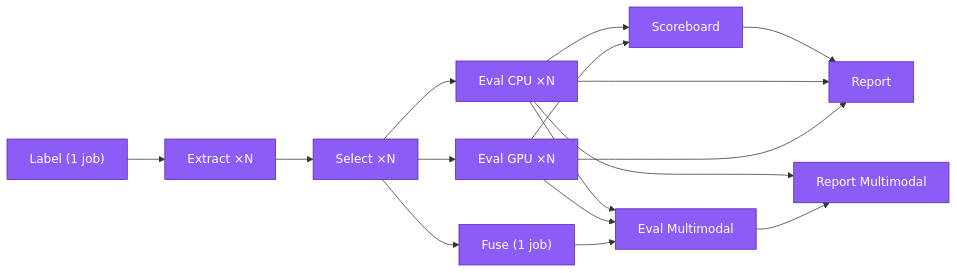
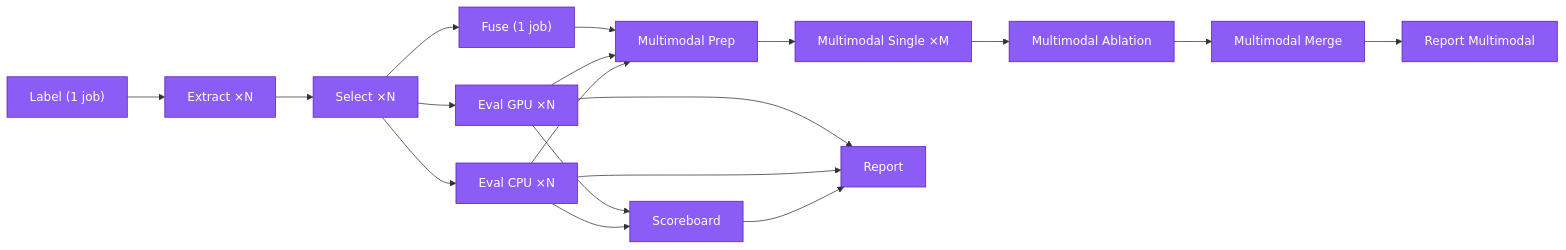
One commit to msk-access/kreview changed the diagram in docs/operations/nextflow.md. Above: the diagram before and after it, drawn with Mermaid. The commit also changed other lines of this file and 36 other files, not shown here.

````diff
--- a/docs/operations/nextflow.md
+++ b/docs/operations/nextflow.md
@@ -35,19 +39,21 @@
 ```mermaid
 graph LR
     classDef step fill:#8b5cf6,stroke:#5b21b6,color:#fff;
     A["Label (1 job)"]:::step --> B["Extract ×N"]:::step
     B --> C["Select ×N"]:::step
     C --> D["Eval CPU ×N"]:::step
     C --> E["Eval GPU ×N"]:::step
     C --> F["Fuse (1 job)"]:::step
     D --> S["Scoreboard"]:::step
     E --> S
-    D --> G["Eval Multimodal"]:::step
-    E --> G
-    F --> G:::step
+    D --> MM_PREP["Multimodal Prep"]:::step
+    E --> MM_PREP
+    F --> MM_PREP
+    MM_PREP --> MM_SINGLE["Multimodal Single ×M"]:::step
+    MM_SINGLE --> MM_ABLATION["Multimodal Ablation"]:::step
+    MM_ABLATION --> MM_MERGE["Multimodal Merge"]:::step
     S --> H["Report"]:::step
     D --> H
     E --> H
-    D --> I["Report Multimodal"]:::step
-    G --> I
+    MM_MERGE --> I["Report Multimodal"]:::step
 ```
````
